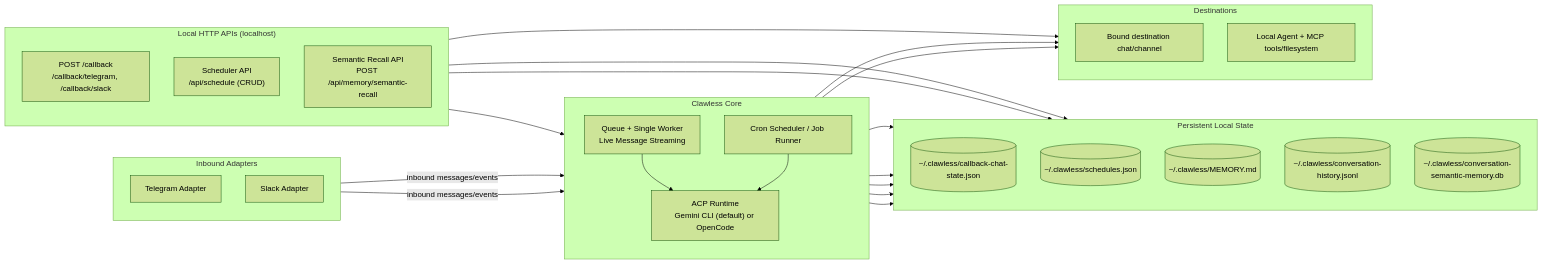
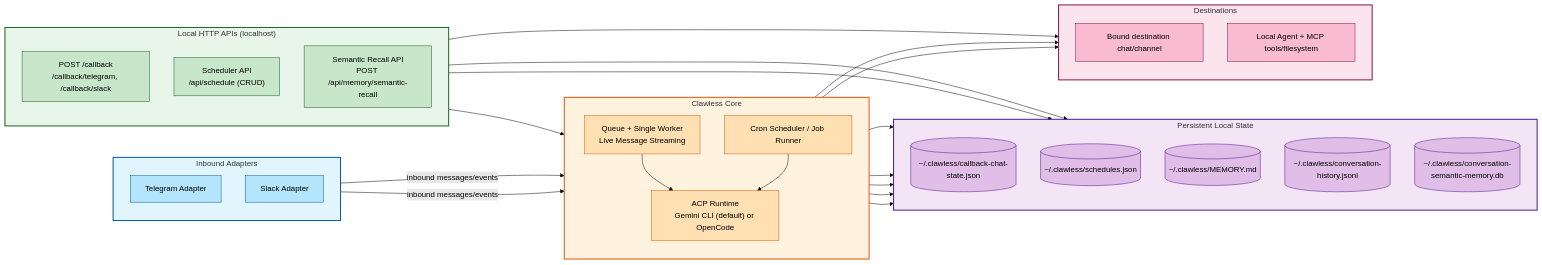
The diagram in README.md (HainanZhao/clawless), drawn with Mermaid (forest theme) before and after one commit. The commit also changed other lines of this file, not shown here.

````diff
--- a/README.md
+++ b/README.md
@@ -59,56 +71,75 @@
 ```mermaid
 flowchart LR
   subgraph IN["Inbound Adapters"]
     direction TB
     TG[Telegram Adapter]
     SL[Slack Adapter]
   end
 
   subgraph CORE["Clawless Core"]
     direction TB
     Q["Queue + Single Worker<br/>Live Message Streaming"]
     ACP["ACP Runtime<br/>Gemini CLI (default) or OpenCode"]
     CRON[Cron Scheduler / Job Runner]
   end
 
   subgraph API["Local HTTP APIs (localhost)"]
     direction TB
     CB["POST /callback<br/>/callback/telegram, /callback/slack"]
     SA["Scheduler API<br/>/api/schedule (CRUD)"]
     SR["Semantic Recall API<br/>POST /api/memory/semantic-recall"]
   end
 
   subgraph STATE["Persistent Local State"]
     direction TB
     CHAT[(~/.clawless/callback-chat-state.json)]
     SCH[(~/.clawless/schedules.json)]
     MEM[(~/.clawless/MEMORY.md)]
     HIST[(~/.clawless/conversation-history.jsonl)]
     SEM[(~/.clawless/conversation-semantic-memory.db)]
   end
 
   subgraph OUT["Destinations"]
     direction TB
     DEST[Bound destination chat/channel]
     AGENT[Local Agent + MCP tools/filesystem]
   end
 
   TG -->|inbound messages/events| Q
   SL -->|inbound messages/events| Q
 
   Q --> ACP
   ACP --> AGENT
   ACP --> MEM
   Q --> HIST
 
   SA --> CRON
   CRON --> ACP
   CRON --> SCH
   ACP --> SEM
   SR --> SEM
 
   CB --> CHAT
   CB --> DEST
   Q --> CHAT
   Q --> DEST
+
+  %% Color Styling
+  style IN fill:#e1f5fe,stroke:#01579b,stroke-width:2px
+  style CORE fill:#fff3e0,stroke:#e65100,stroke-width:2px
+  style API fill:#e8f5e9,stroke:#1b5e20,stroke-width:2px
+  style STATE fill:#f3e5f5,stroke:#4a148c,stroke-width:2px
+  style OUT fill:#fce4ec,stroke:#880e4f,stroke-width:2px
+
+  classDef inboundNode fill:#b3e5fc,stroke:#01579b
+  classDef coreNode fill:#ffe0b2,stroke:#e65100
+  classDef apiNode fill:#c8e6c9,stroke:#1b5e20
+  classDef stateNode fill:#e1bee7,stroke:#4a148c
+  classDef outNode fill:#f8bbd0,stroke:#880e4f
+
+  class TG,SL inboundNode
+  class Q,ACP,CRON coreNode
+  class CB,SA,SR apiNode
+  class CHAT,SCH,MEM,HIST,SEM stateNode
+  class DEST,AGENT outNode
 ```
````
